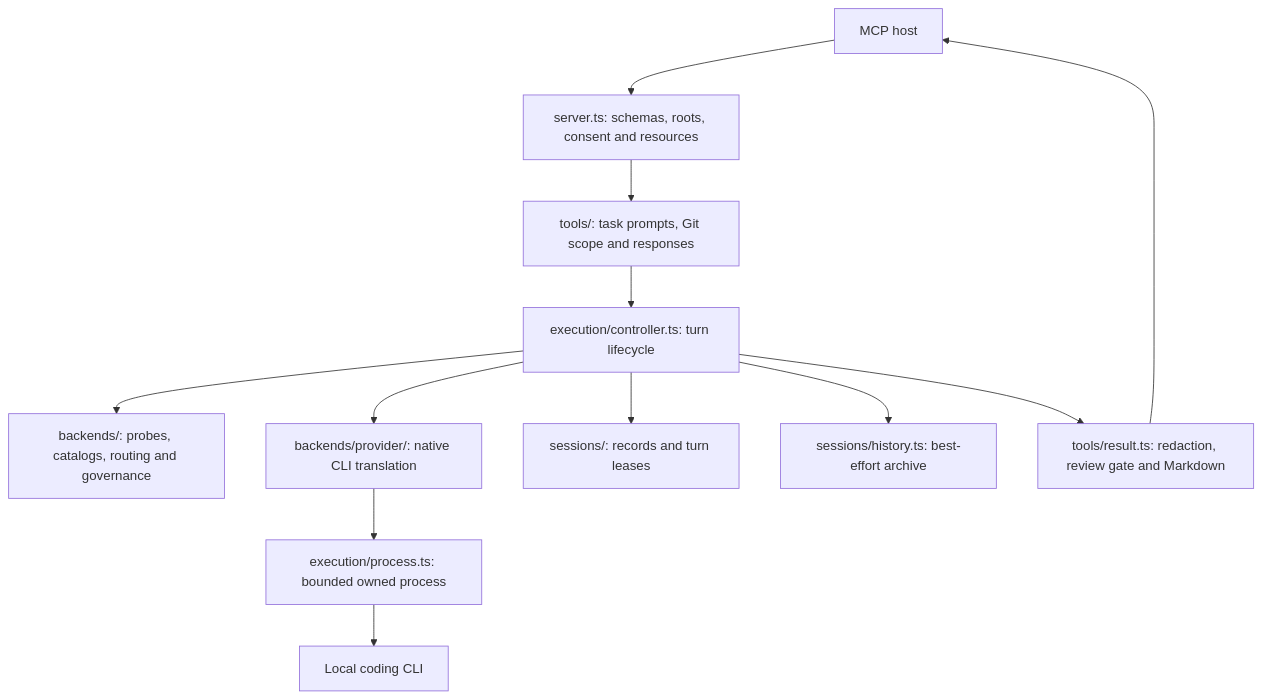
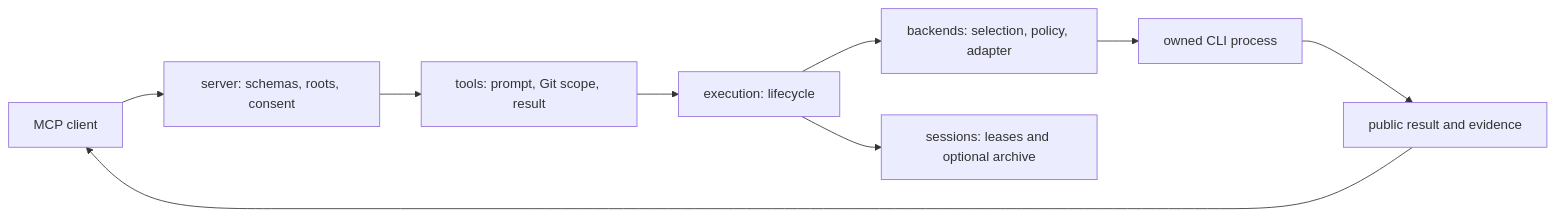
The first of 2 diagrams in docs/ARCHITECTURE.md (oktawianwybieralski/coagent8), drawn with Mermaid before and after one commit. The commit also changed other lines of this file and 35 other files, not shown here.

First line of the commit message:
docs: consolidate project documentation into roadmap, architecture and handoff

```diff
--- a/docs/ARCHITECTURE.md
+++ b/docs/ARCHITECTURE.md
@@ -19,14 +23,11 @@
 ~~~mermaid
-flowchart TD
-    Host["MCP host"] --> Server["server.ts: schemas, roots, consent and resources"]
-    Server --> Tools["tools/: task prompts, Git scope and responses"]
-    Tools --> Controller["execution/controller.ts: turn lifecycle"]
-    Controller --> Routing["backends/: probes, catalogs, routing and governance"]
-    Controller --> Adapter["backends/provider/: native CLI translation"]
-    Adapter --> Process["execution/process.ts: bounded owned process"]
-    Process --> CLI["Local coding CLI"]
-    Controller --> Sessions["sessions/: records and turn leases"]
-    Controller --> History["sessions/history.ts: best-effort archive"]
-    Controller --> Result["tools/result.ts: redaction, review gate and Markdown"]
+flowchart LR
+    Host["MCP client"] --> Server["server: schemas, roots, consent"]
+    Server --> Tools["tools: prompt, Git scope, result"]
+    Tools --> Controller["execution: lifecycle"]
+    Controller --> Backend["backends: selection, policy, adapter"]
+    Backend --> Process["owned CLI process"]
+    Controller --> Session["sessions: leases and optional archive"]
+    Process --> Result["public result and evidence"]
     Result --> Host
 ~~~
```
